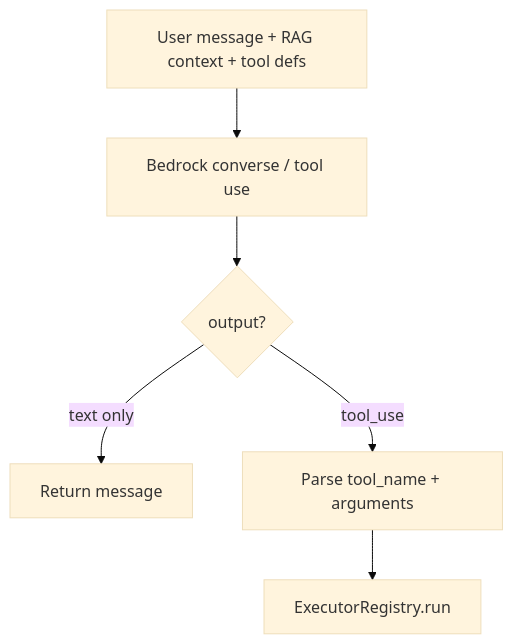
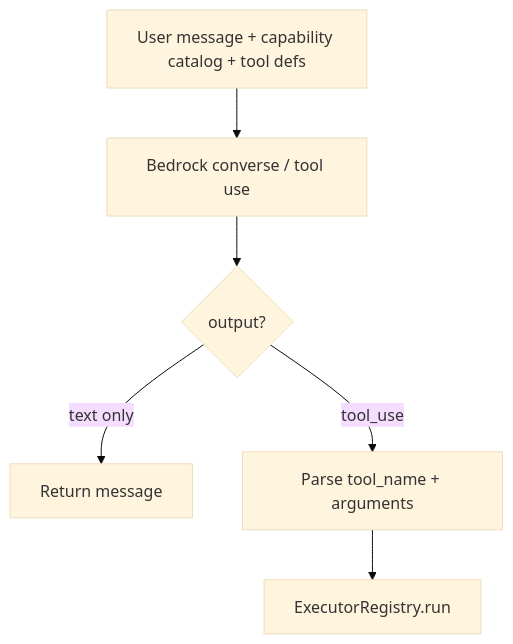
The third of 4 diagrams in backend/document/tools/03-execute-tool-at-chat-diagrams.md (shehan-jayasinghe/bot-builder), drawn with Mermaid (base theme) before and after one commit. The commit also changed other lines of this file and 37 other files, not shown here.

````diff
--- a/backend/document/tools/03-execute-tool-at-chat-diagrams.md
+++ b/backend/document/tools/03-execute-tool-at-chat-diagrams.md
@@ -107,10 +106,10 @@
 ```mermaid
 flowchart TB
-    MSG[User message + RAG context + tool defs]
+    MSG[User message + capability catalog + tool defs]
     MSG --> BEDROCK[Bedrock converse / tool use]
     BEDROCK --> OUT{output?}
 
     OUT -->|text only| END[Return message]
     OUT -->|tool_use| PARSE[Parse tool_name + arguments]
     PARSE --> RUN[ExecutorRegistry.run]
 ```
````
